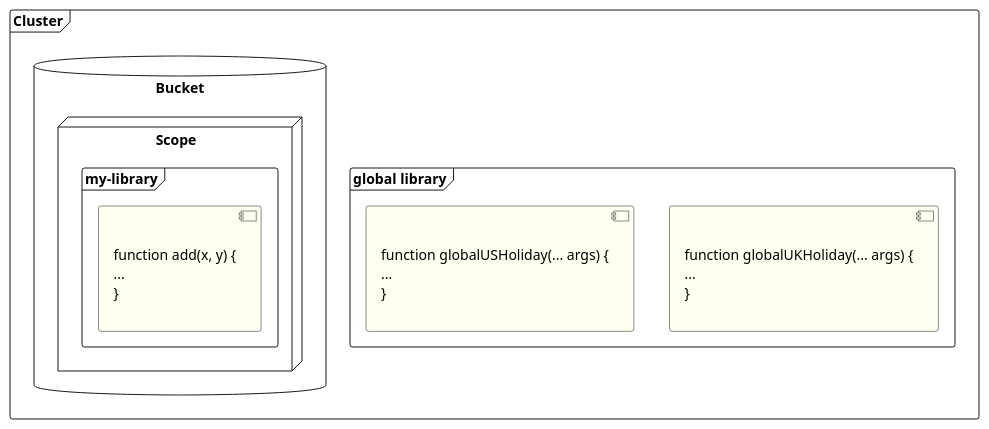
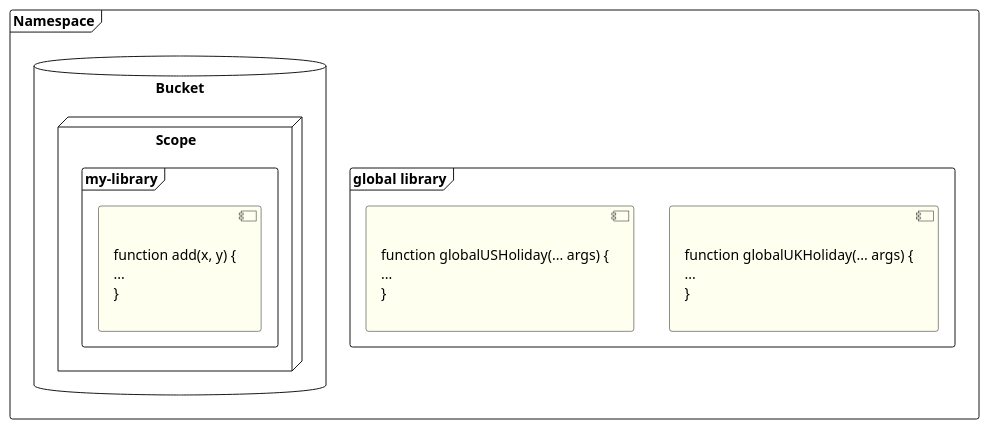
Before and after one commit to couchbaselabs/docs-devex: the diagram in modules/javascript-udfs/partials/diagrams/javascript-scopes.puml, drawn with PlantUML. The commit also changed 1 other file, not shown here.

Commit message:
DOC-10013 Minor wording updates for JavaScript UDF diagrams

```diff
--- a/modules/javascript-udfs/partials/diagrams/javascript-scopes.puml
+++ b/modules/javascript-udfs/partials/diagrams/javascript-scopes.puml
@@ -1,42 +1,42 @@
 @startuml
 
-frame Cluster {
+frame Namespace {
 
     frame "global library" as globalLibrary #white {
     
         component function3 #Ivory [
                         
 function globalUKHoliday(... args) {
     ...       
 }
         
         ]
     
         component function4 #Ivory [
                         
 function globalUSHoliday(... args) {
     ...       
 }
         
         ]
     }
 
     database "Bucket" {
         
         node "Scope" #White {
           
             frame "my-library" #White {
                     
              component function1 #Ivory [
                             
 function add(x, y) {
     ...       
 }
             
             ]
                    
         }     
     }
 }
 
 @enduml
```
